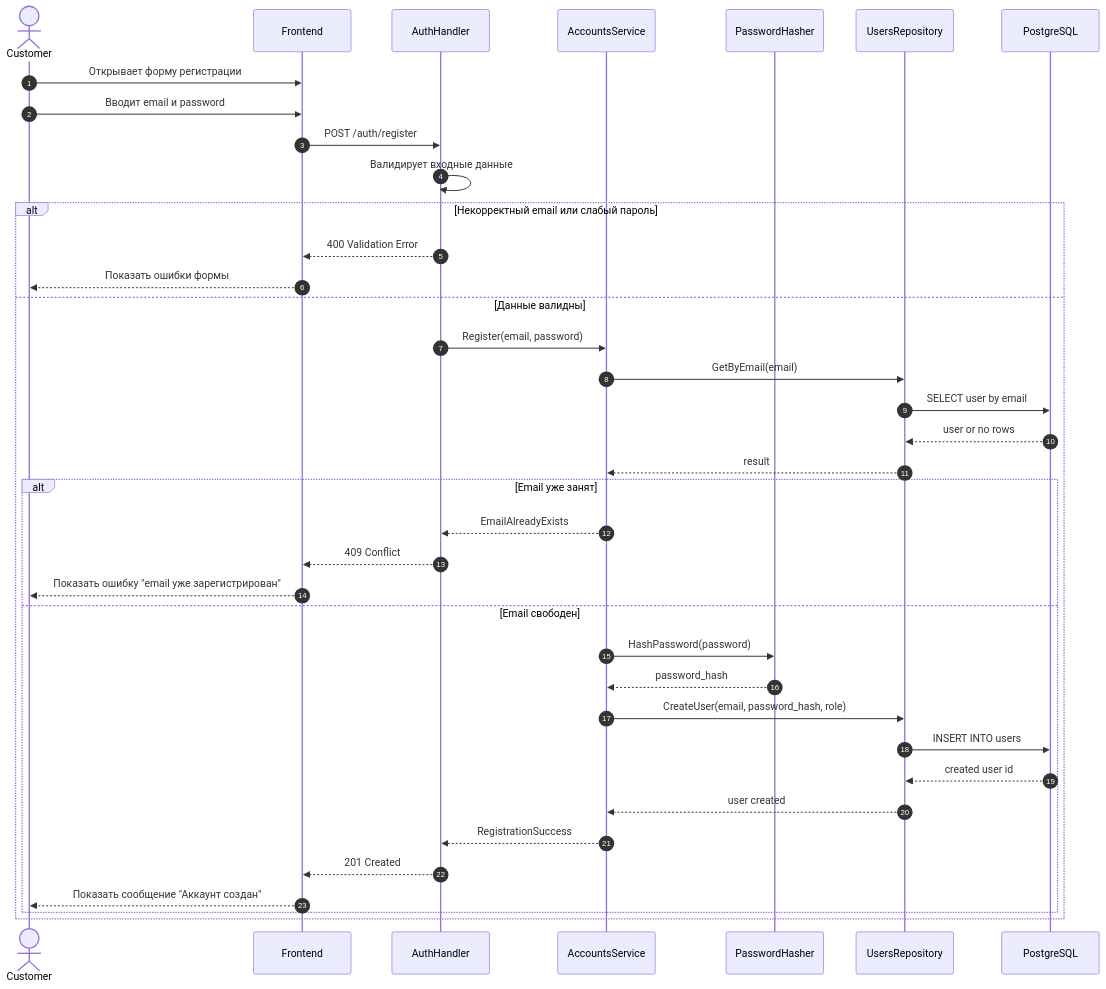
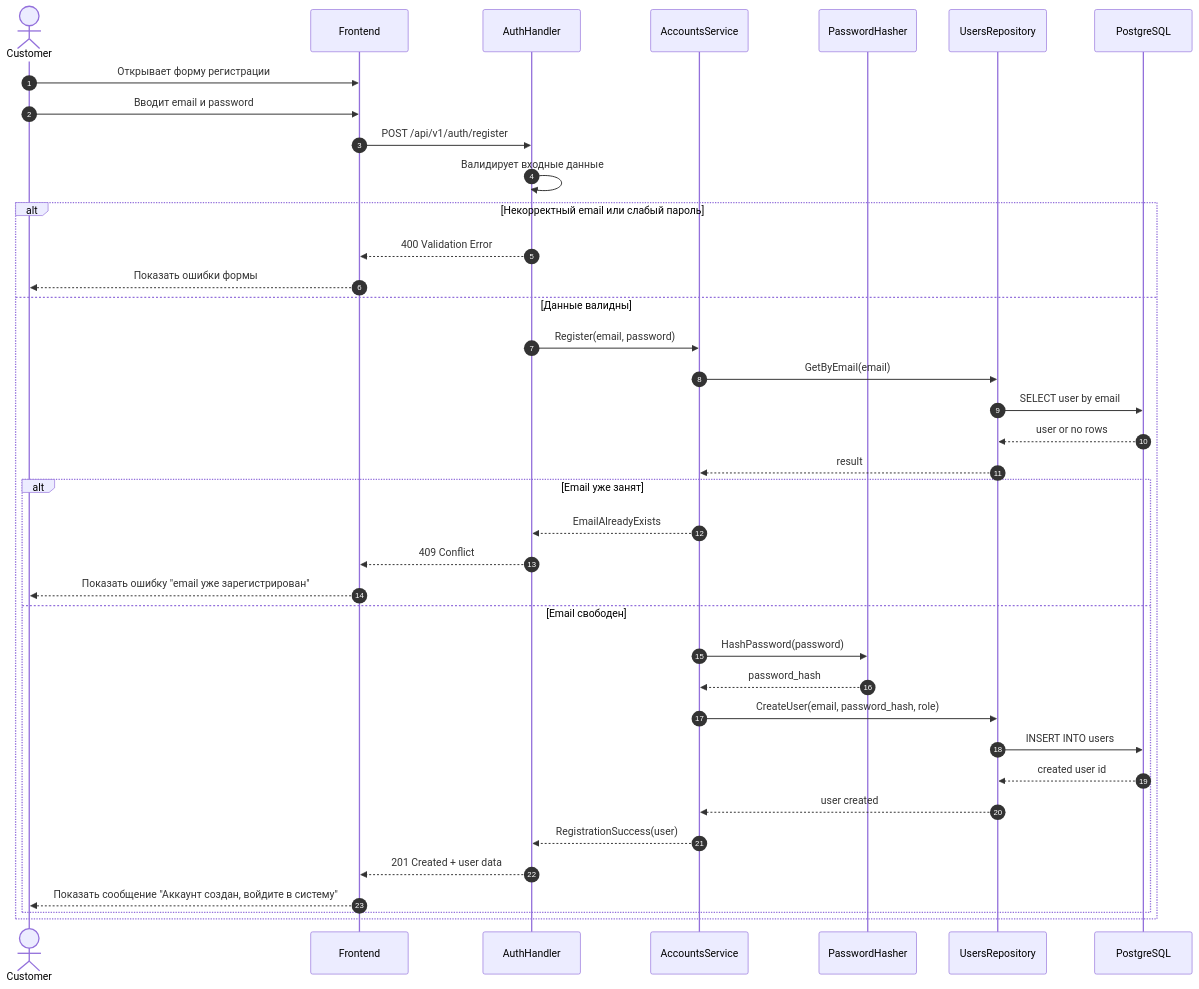
The diagram in docs/Sequence/SD-01.md (k3llone/TrackLink), drawn with Mermaid before and after one commit. The commit also changed 33 other files, not shown here.

````diff
--- a/docs/Sequence/SD-01.md
+++ b/docs/Sequence/SD-01.md
@@ -3,48 +3,48 @@
 ```mermaid
 sequenceDiagram
     autonumber
 
     actor Customer
     participant FE as Frontend
     participant AH as AuthHandler
     participant AS as AccountsService
     participant PH as PasswordHasher
     participant UR as UsersRepository
     participant DB as PostgreSQL
 
     Customer->>FE: Открывает форму регистрации
     Customer->>FE: Вводит email и password
-    FE->>AH: POST /auth/register
+    FE->>AH: POST /api/v1/auth/register
 
     AH->>AH: Валидирует входные данные
 
     alt Некорректный email или слабый пароль
         AH-->>FE: 400 Validation Error
         FE-->>Customer: Показать ошибки формы
     else Данные валидны
         AH->>AS: Register(email, password)
 
         AS->>UR: GetByEmail(email)
         UR->>DB: SELECT user by email
         DB-->>UR: user or no rows
         UR-->>AS: result
 
         alt Email уже занят
             AS-->>AH: EmailAlreadyExists
             AH-->>FE: 409 Conflict
             FE-->>Customer: Показать ошибку "email уже зарегистрирован"
         else Email свободен
             AS->>PH: HashPassword(password)
             PH-->>AS: password_hash
 
             AS->>UR: CreateUser(email, password_hash, role)
             UR->>DB: INSERT INTO users
             DB-->>UR: created user id
             UR-->>AS: user created
 
-            AS-->>AH: RegistrationSuccess
-            AH-->>FE: 201 Created
-            FE-->>Customer: Показать сообщение "Аккаунт создан"
+            AS-->>AH: RegistrationSuccess(user)
+            AH-->>FE: 201 Created + user data
+            FE-->>Customer: Показать сообщение "Аккаунт создан, войдите в систему"
         end
     end
 ```
````
